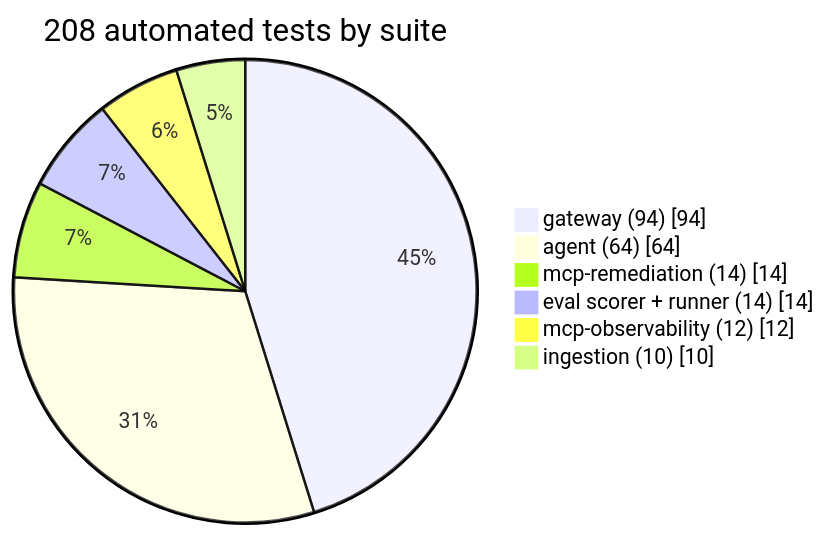
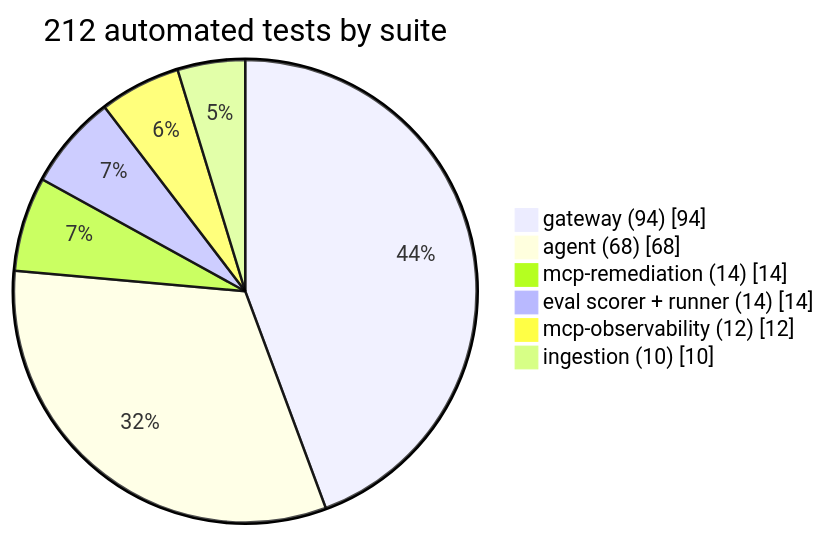
The diagram in docs/handbook/diagrams/14-chart-tests-by-suite.mmd (abdulmdev/sentinel-incident-copilot), drawn with Mermaid before and after one commit. The commit also changed 15 other files, not shown here.

```diff
--- a/docs/handbook/diagrams/14-chart-tests-by-suite.mmd
+++ b/docs/handbook/diagrams/14-chart-tests-by-suite.mmd
@@ -1,8 +1,8 @@
 pie showData
-  title 208 automated tests by suite
+  title 212 automated tests by suite
   "gateway (94)" : 94
-  "agent (64)" : 64
+  "agent (68)" : 68
   "mcp-remediation (14)" : 14
   "eval scorer + runner (14)" : 14
   "mcp-observability (12)" : 12
   "ingestion (10)" : 10
```
